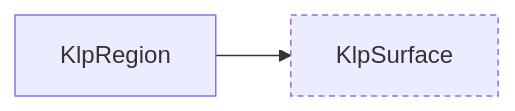
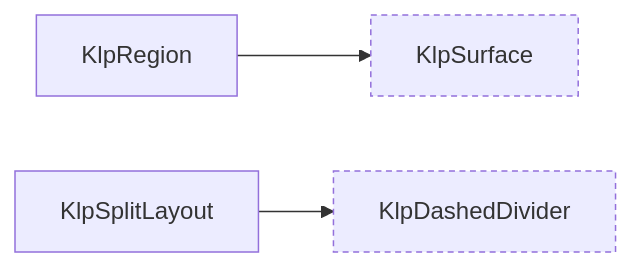
One commit to MiuDog/Kallopis changed the seventh of 16 diagrams in spec/component-inventory.md. Above: the diagram before and after it, drawn with Mermaid. The commit also changed other lines of this file and 17 other files, not shown here.

````diff
--- a/spec/component-inventory.md
+++ b/spec/component-inventory.md
@@ -328,7 +342,10 @@
 ```mermaid
 graph LR
+  KlpDashedDivider["KlpDashedDivider"]:::external
   KlpRegion["KlpRegion"]
+  KlpSplitLayout["KlpSplitLayout"]
   KlpSurface["KlpSurface"]:::external
   KlpRegion --> KlpSurface
+  KlpSplitLayout --> KlpDashedDivider
   classDef external stroke-dasharray: 4 3;
 ```
````
